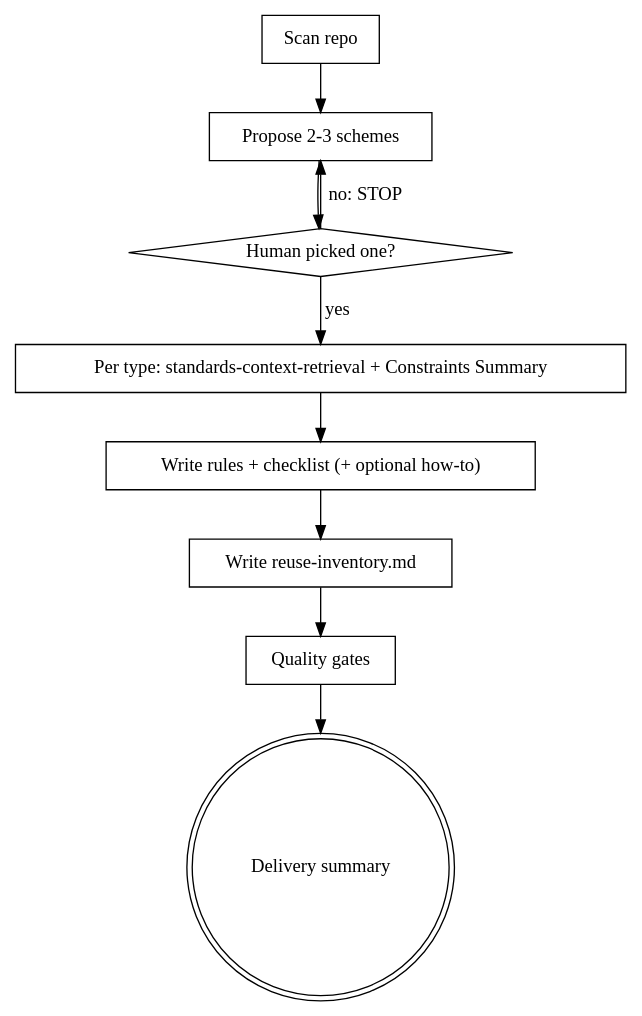
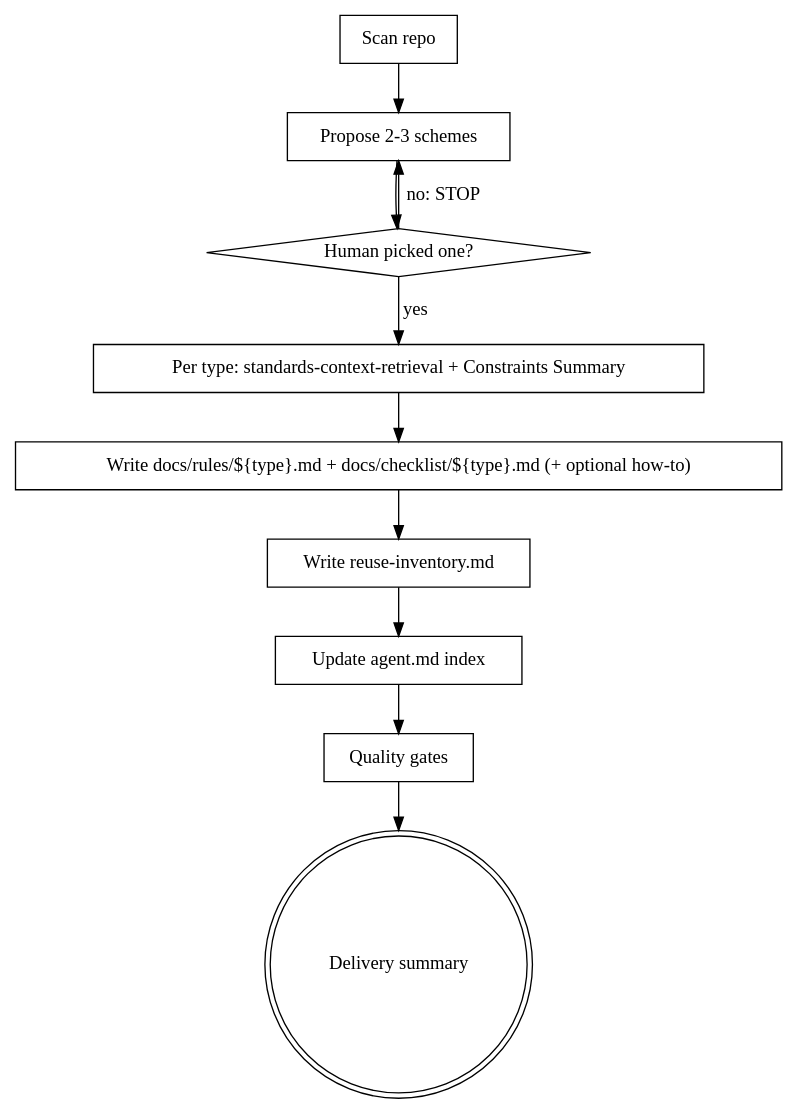
Before and after one commit to vrxubo/superpowers: the diagram in skills/project-standards-authoring/SKILL.md, drawn with Graphviz. The commit also changed other lines of this file, not shown here.

Commit message:
feat: move rules to docs/rules/ and add agent.md index step to standards skill

````diff
--- a/skills/project-standards-authoring/SKILL.md
+++ b/skills/project-standards-authoring/SKILL.md
@@ -132,21 +157,23 @@
 ```dot
 digraph project_standards_authoring {
     "Scan repo" [shape=box];
     "Propose 2-3 schemes" [shape=box];
     "Human picked one?" [shape=diamond];
     "Per type: standards-context-retrieval + Constraints Summary" [shape=box];
-    "Write rules + checklist (+ optional how-to)" [shape=box];
+    "Write docs/rules/${type}.md + docs/checklist/${type}.md (+ optional how-to)" [shape=box];
     "Write reuse-inventory.md" [shape=box];
+    "Update agent.md index" [shape=box];
     "Quality gates" [shape=box];
     "Delivery summary" [shape=doublecircle];
 
     "Scan repo" -> "Propose 2-3 schemes";
     "Propose 2-3 schemes" -> "Human picked one?";
     "Human picked one?" -> "Propose 2-3 schemes" [label="no: STOP"];
     "Human picked one?" -> "Per type: standards-context-retrieval + Constraints Summary" [label="yes"];
-    "Per type: standards-context-retrieval + Constraints Summary" -> "Write rules + checklist (+ optional how-to)";
-    "Write rules + checklist (+ optional how-to)" -> "Write reuse-inventory.md";
-    "Write reuse-inventory.md" -> "Quality gates";
+    "Per type: standards-context-retrieval + Constraints Summary" -> "Write docs/rules/${type}.md + docs/checklist/${type}.md (+ optional how-to)";
+    "Write docs/rules/${type}.md + docs/checklist/${type}.md (+ optional how-to)" -> "Write reuse-inventory.md";
+    "Write reuse-inventory.md" -> "Update agent.md index";
+    "Update agent.md index" -> "Quality gates";
     "Quality gates" -> "Delivery summary";
 }
 ```
````
